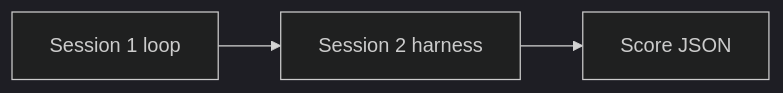
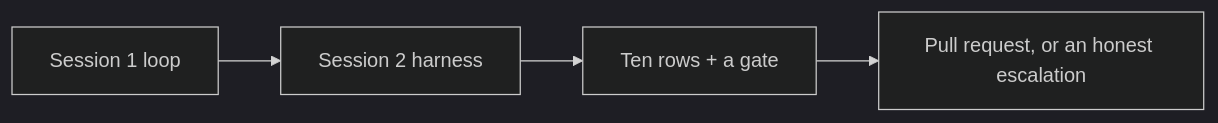
The second of 2 diagrams in slides/session-2-harness-engineering/slides.md (RichardHightower/reliable-agentic-lab), drawn with Mermaid (dark theme) before and after one commit. The commit also changed other lines of this file and 17 other files, not shown here.

First line of the commit message:
Rewrite the Session 1 and Session 2 decks for the new architecture.

````diff
--- a/slides/session-2-harness-engineering/slides.md
+++ b/slides/session-2-harness-engineering/slides.md
@@ -304,5 +474,6 @@
 ```mermaid
 flowchart LR
   M1[Session 1 loop] --> M2[Session 2 harness]
-  M2 --> Score[Score JSON]
+  M2 --> Score[Ten rows + a gate]
+  Score --> PR[Pull request, or an honest escalation]
 ```
````
